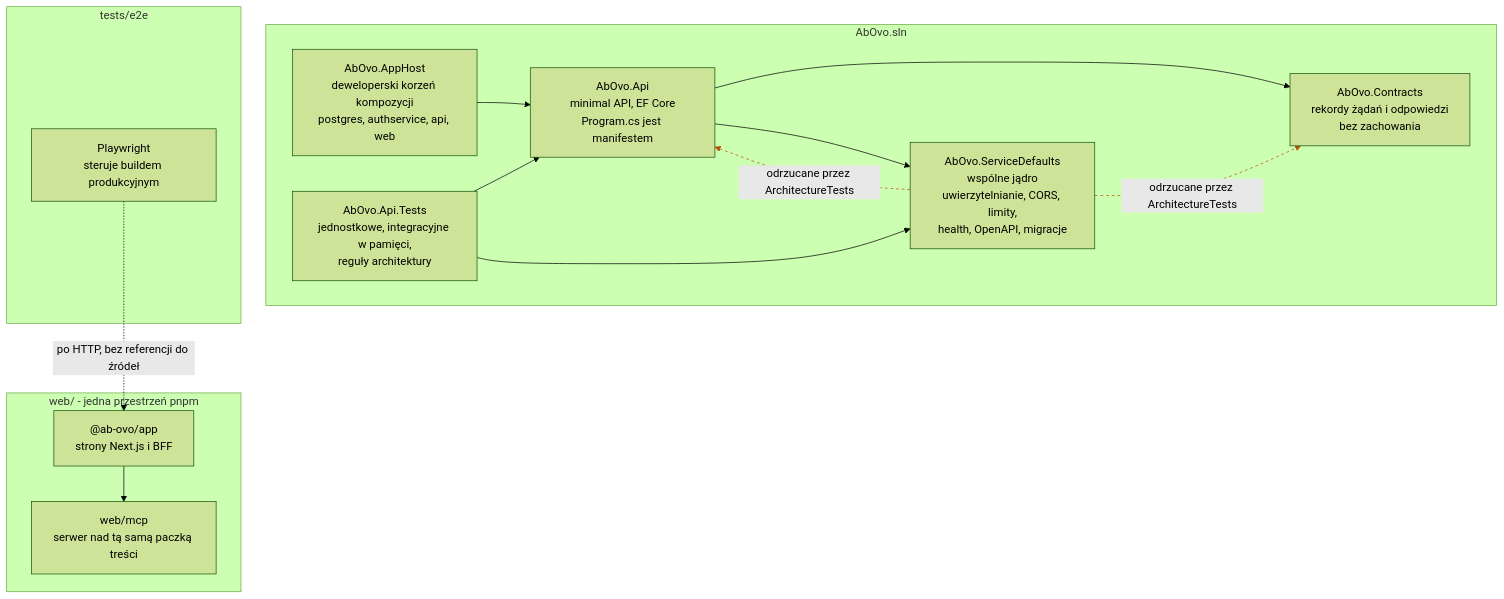
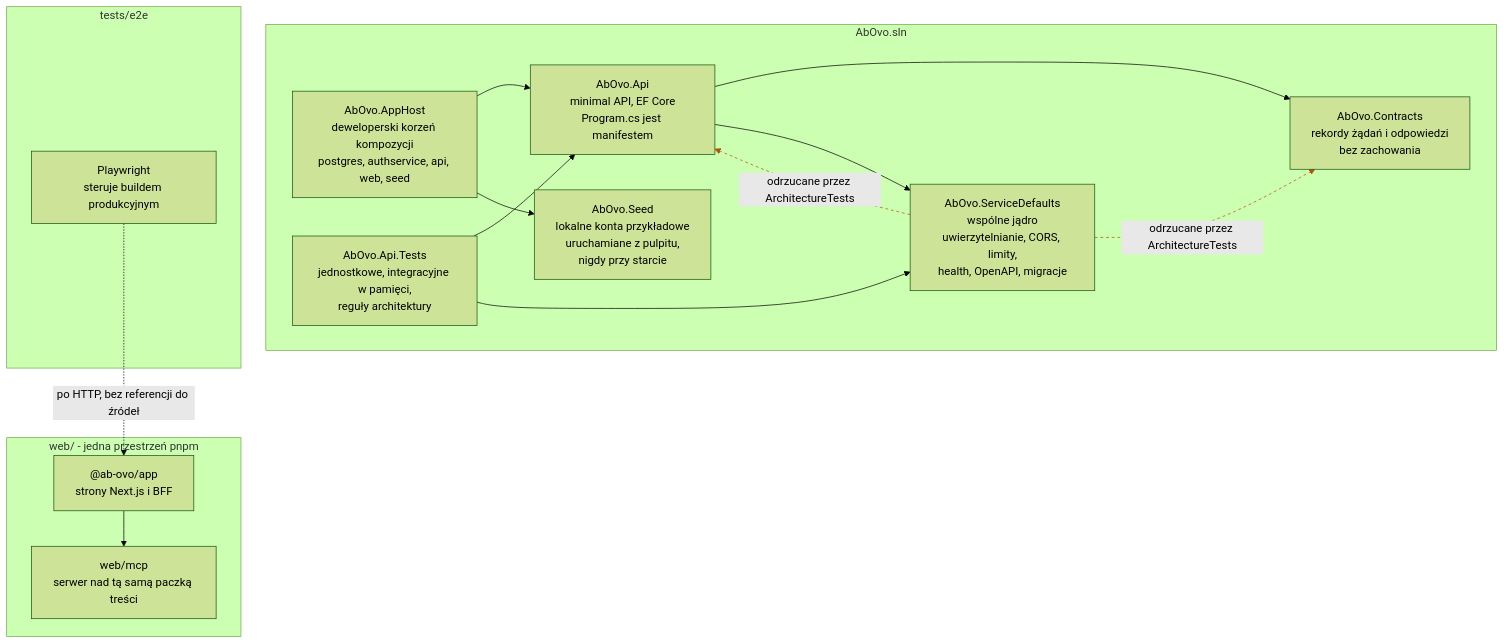
The diagram in docs/diagrams/a2-solution-layout.pl.mmd (konradcinkusz/ab-ove), drawn with Mermaid (forest theme) before and after one commit. The commit also changed 31 other files, not shown here.

```diff
--- a/docs/diagrams/a2-solution-layout.pl.mmd
+++ b/docs/diagrams/a2-solution-layout.pl.mmd
@@ -1,42 +1,44 @@
-%% Układ rozwiązania: cztery projekty .NET, jedna przestrzeń pnpm i to, co wolno referować.
+%% Układ rozwiązania: projekty .NET, jedna przestrzeń pnpm i to, co wolno referować.
 %% JEDEN DIAGRAM NA PLIK. UTF-8. Dlaczego nie ASCII: patrz a1-system-context.pl.mmd.
 
 %% STRZAŁKI TO REFERENCJE MIĘDZY PROJEKTAMI, A SEDNEM SĄ TE NIEOBECNE. Ze wspólnego jądra
 %% (AbOvo.ServiceDefaults) nie wychodzi żadna strzałka, bo P2 czyni je wyłącznie
 %% instalacją, a tests/AbOvo.Api.Tests/ArchitectureTests.cs odmawia referencji z niego do
 %% AbOvo.Api i AbOvo.Contracts. Biblioteka .Core, która zaczęła jako wspólna instalacja,
 %% a skończyła jako wspólna domena, została w tym majątku opłacona już dwa razy.
 
 %% AbOvo.AppHost JEST WYŁĄCZNIE DEWELOPERSKI (P1). Składa system na laptopie; nie jest
 %% wdrożoną topologią, którą opisuje flyio/*.fly.toml i której nigdy nie zastosowano.
 
 flowchart TD
   subgraph dotnet["AbOvo.sln"]
-    APPHOST["AbOvo.AppHost<br/>deweloperski korzeń kompozycji<br/>postgres, authservice, api, web"]
+    APPHOST["AbOvo.AppHost<br/>deweloperski korzeń kompozycji<br/>postgres, authservice, api, web, seed"]
     API["AbOvo.Api<br/>minimal API, EF Core<br/>Program.cs jest manifestem"]
     CONTRACTS["AbOvo.Contracts<br/>rekordy żądań i odpowiedzi<br/>bez zachowania"]
     KERNEL["AbOvo.ServiceDefaults<br/>wspólne jądro<br/>uwierzytelnianie, CORS, limity,<br/>health, OpenAPI, migracje"]
     TESTS["AbOvo.Api.Tests<br/>jednostkowe, integracyjne w pamięci,<br/>reguły architektury"]
+    SEED["AbOvo.Seed<br/>lokalne konta przykładowe<br/>uruchamiane z pulpitu,<br/>nigdy przy starcie"]
   end
 
   subgraph node["web/ - jedna przestrzeń pnpm"]
     APP["@ab-ovo/app<br/>strony Next.js i BFF"]
     MCP["web/mcp<br/>serwer nad tą samą paczką treści"]
   end
 
   subgraph accept["tests/e2e"]
     E2E["Playwright<br/>steruje buildem produkcyjnym"]
   end
 
   APPHOST --> API
+  APPHOST --> SEED
   API --> CONTRACTS
   API --> KERNEL
   TESTS --> API
   TESTS --> KERNEL
   APP --> MCP
   E2E -.->|"po HTTP, bez referencji do źródeł"| APP
 
   KERNEL -.->|"odrzucane przez ArchitectureTests"| API
   KERNEL -.->|"odrzucane przez ArchitectureTests"| CONTRACTS
 
-  linkStyle 7,8 stroke:#b45309,stroke-dasharray: 4 4;
+  linkStyle 8,9 stroke:#b45309,stroke-dasharray: 4 4;
```
